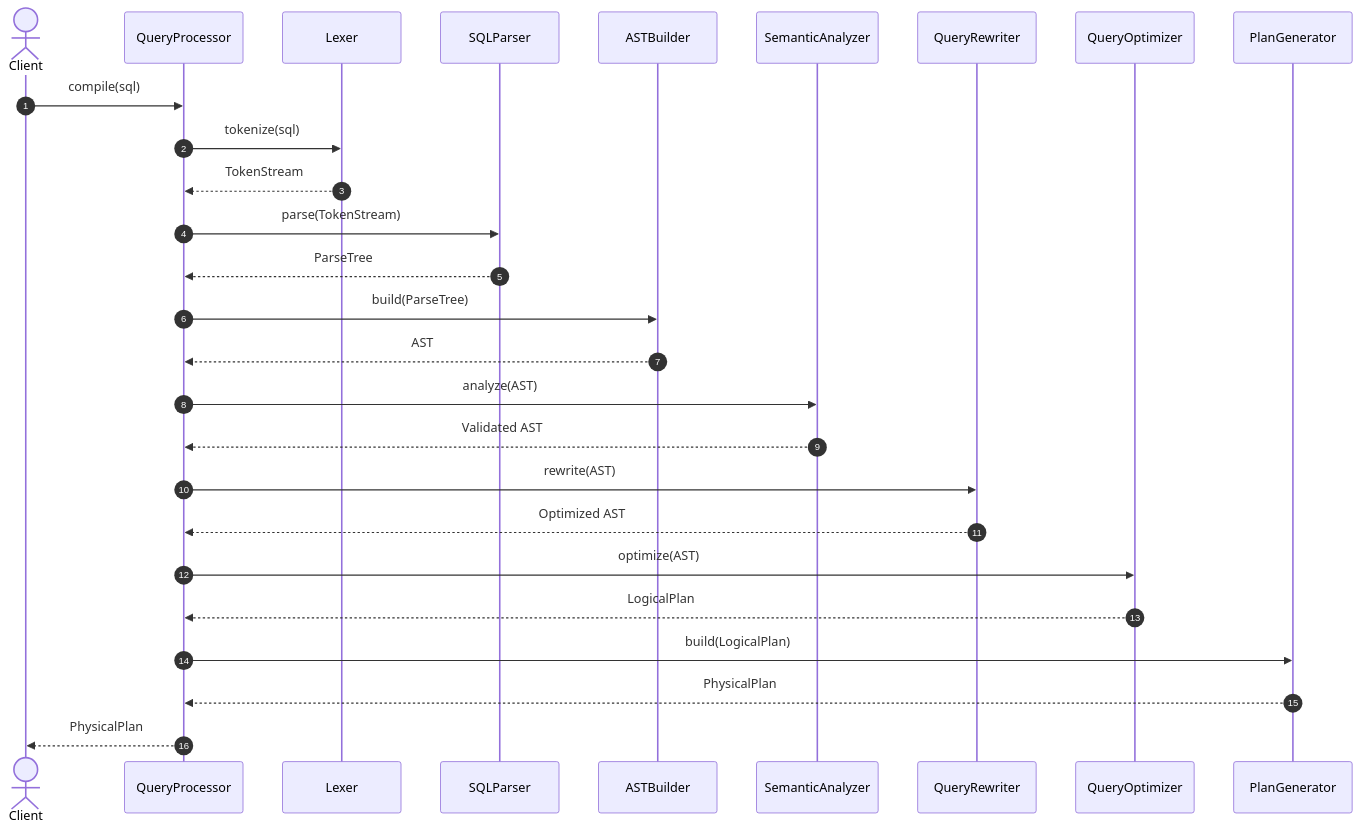
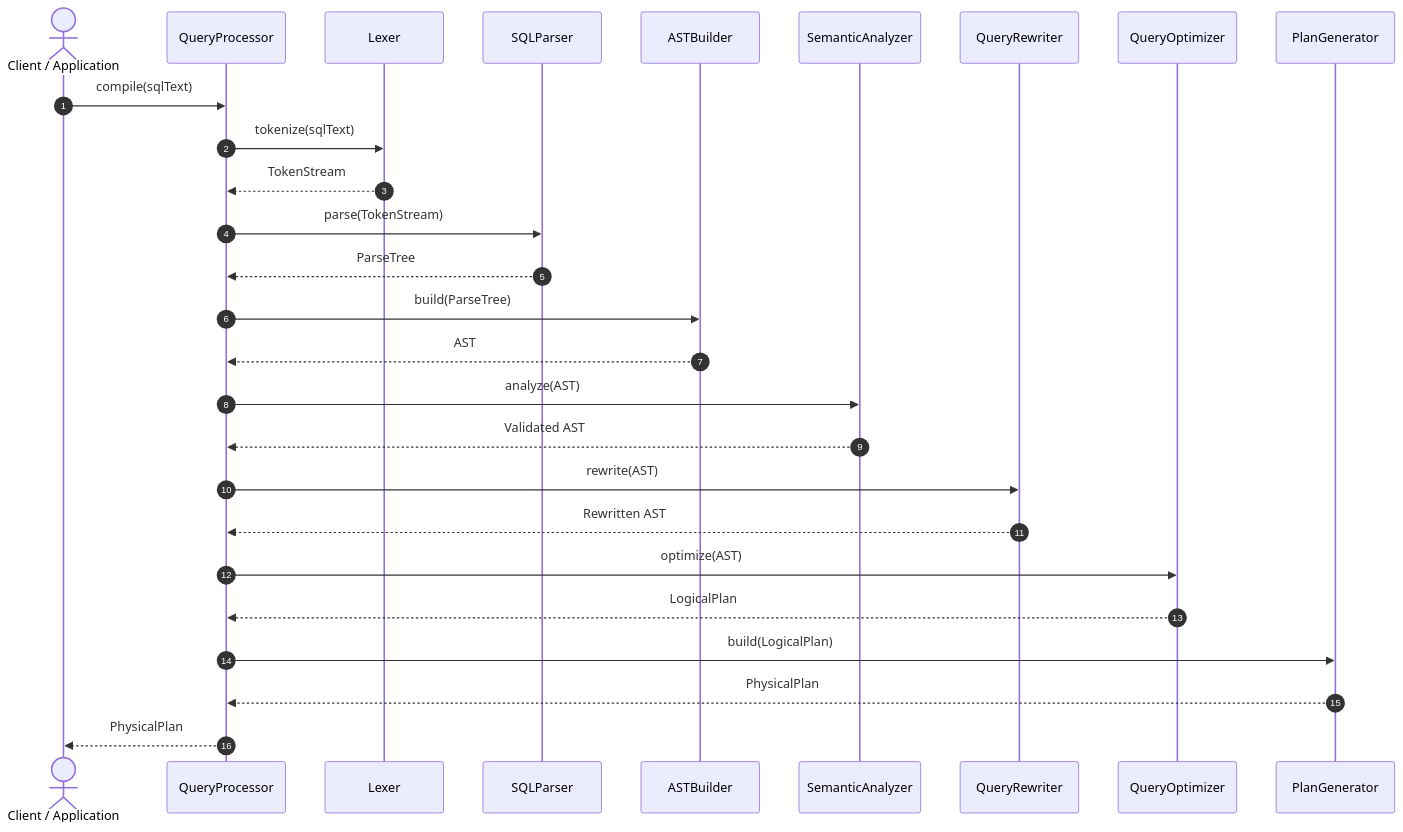
The eighth of 13 diagrams in docs/design_patterns/query_processor/Sequece.md (Dikhang1112/Database_Management_BBV), drawn with Mermaid before and after one commit. The commit also changed other lines of this file and 1 other file, not shown here.

````diff
--- a/docs/design_patterns/query_processor/Sequece.md
+++ b/docs/design_patterns/query_processor/Sequece.md
@@ -33,40 +236,30 @@
 ```mermaid
 sequenceDiagram
     autonumber
-
-    actor Client
-
+    actor Client as Client / Application
     participant QP as QueryProcessor
-    participant Lexer
+    participant Lexer as Lexer
     participant Parser as SQLParser
     participant ASTB as ASTBuilder
     participant SA as SemanticAnalyzer
     participant QR as QueryRewriter
     participant Optimizer as QueryOptimizer
     participant PG as PlanGenerator
 
-    Client->>QP: compile(sql)
-
-    QP->>Lexer: tokenize(sql)
+    Client->>QP: compile(sqlText)
+    QP->>Lexer: tokenize(sqlText)
     Lexer-->>QP: TokenStream
-
     QP->>Parser: parse(TokenStream)
     Parser-->>QP: ParseTree
-
     QP->>ASTB: build(ParseTree)
     ASTB-->>QP: AST
-
     QP->>SA: analyze(AST)
     SA-->>QP: Validated AST
-
     QP->>QR: rewrite(AST)
-    QR-->>QP: Optimized AST
-
+    QR-->>QP: Rewritten AST
     QP->>Optimizer: optimize(AST)
     Optimizer-->>QP: LogicalPlan
-
     QP->>PG: build(LogicalPlan)
     PG-->>QP: PhysicalPlan
-
     QP-->>Client: PhysicalPlan
 ```
````
